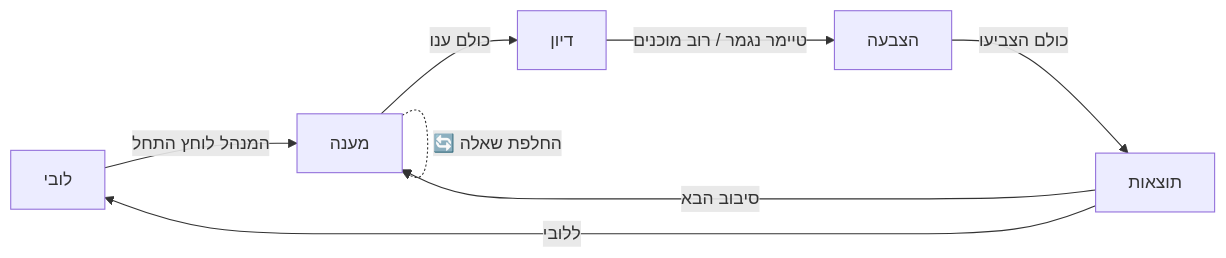
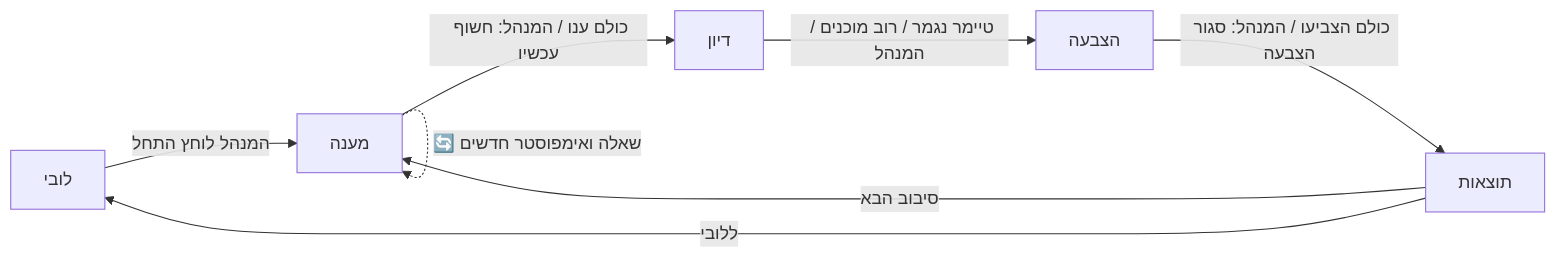
One commit to arielhone/impostor-party changed the first of 2 diagrams in README.md. Above: the diagram before and after it, drawn with Mermaid. The commit also changed other lines of this file and 2 other files, not shown here.

````diff
--- a/README.md
+++ b/README.md
@@ -30,10 +30,10 @@
 ```mermaid
 flowchart LR
     L[לובי] -->|המנהל לוחץ התחל| A[מענה]
-    A -->|כולם ענו| D[דיון]
-    A -.->|🔄 החלפת שאלה| A
-    D -->|טיימר נגמר / רוב מוכנים| V[הצבעה]
-    V -->|כולם הצביעו| R[תוצאות]
+    A -->|כולם ענו / המנהל: חשוף עכשיו| D[דיון]
+    A -.->|🔄 שאלה ואימפוסטר חדשים| A
+    D -->|טיימר נגמר / רוב מוכנים / המנהל| V[הצבעה]
+    V -->|כולם הצביעו / המנהל: סגור הצבעה| R[תוצאות]
     R -->|סיבוב הבא| A
     R -->|ללובי| L
 ```
````
